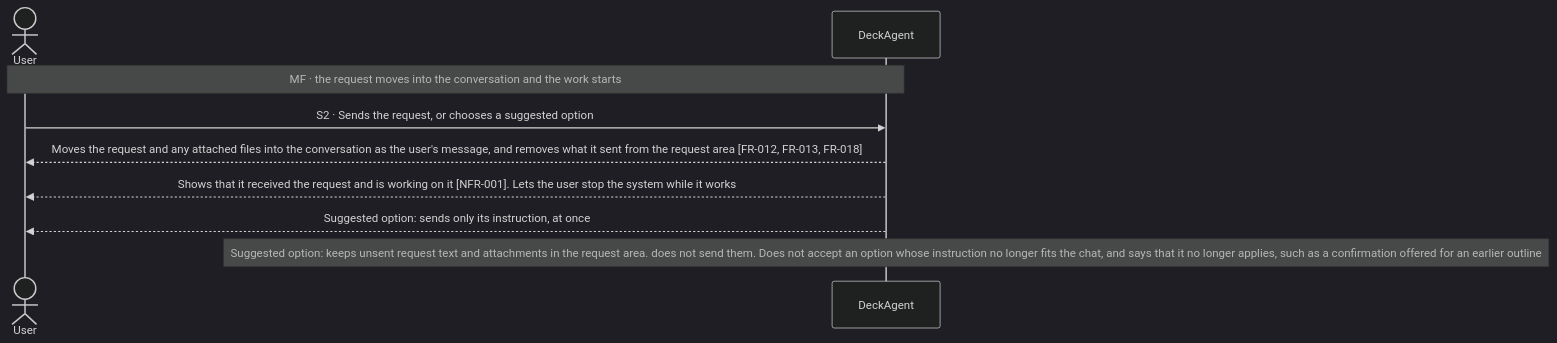
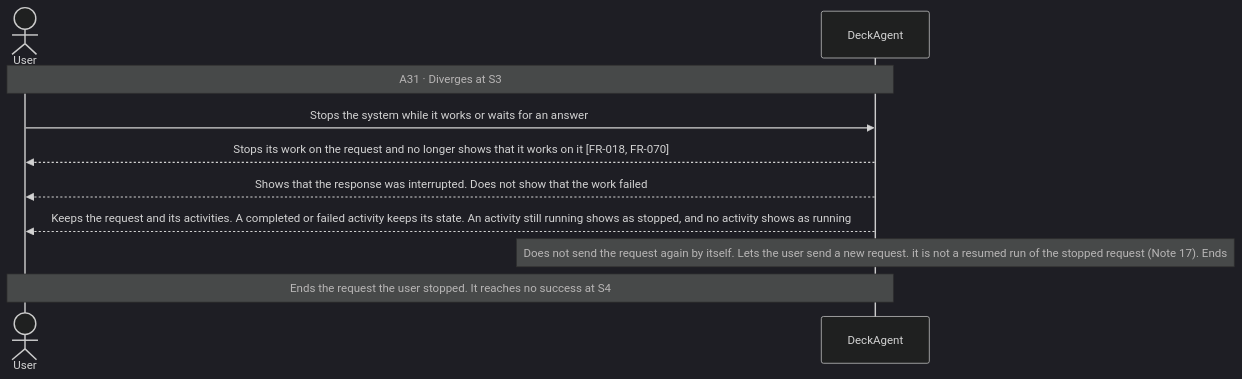
Before and after one commit to Luke23127006/DeckAgent: diagram 20 of 28 in docs/spec/03-use-cases/UC-003.md, drawn with Mermaid (dark theme). The commit also changed other lines of this file and 25 other files, not shown here.

Commit message:
docs(spec): restructure use cases with main flow first

````diff
--- a/docs/spec/03-use-cases/UC-003.md
+++ b/docs/spec/03-use-cases/UC-003.md
@@ -126,11 +300,12 @@
 ```mermaid
 sequenceDiagram
     actor User
     participant DeckAgent
-    Note over User,DeckAgent: MF · the request moves into the conversation and the work starts
-    User->>DeckAgent: S2 · Sends the request, or chooses a suggested option
-    DeckAgent-->>User: Moves the request and any attached files into the conversation as the user's message, and removes what it sent from the request area [FR-012, FR-013, FR-018]
-    DeckAgent-->>User: Shows that it received the request and is working on it [NFR-001]. Lets the user stop the system while it works
-    DeckAgent-->>User: Suggested option: sends only its instruction, at once
-    note over DeckAgent: Suggested option: keeps unsent request text and attachments in the request area. does not send them. Does not accept an option whose instruction no longer fits the chat, and says that it no longer applies, such as a confirmation offered for an earlier outline
+    Note over User,DeckAgent: A31 · Diverges at S3
+    User->>DeckAgent: Stops the system while it works or waits for an answer
+    DeckAgent-->>User: Stops its work on the request and no longer shows that it works on it [FR-018, FR-070]
+    DeckAgent-->>User: Shows that the response was interrupted. Does not show that the work failed
+    DeckAgent-->>User: Keeps the request and its activities. A completed or failed activity keeps its state. An activity still running shows as stopped, and no activity shows as running
+    note over DeckAgent: Does not send the request again by itself. Lets the user send a new request. it is not a resumed run of the stopped request (Note 17). Ends
+    Note over User,DeckAgent: Ends the request the user stopped. It reaches no success at S4
 ```
````
